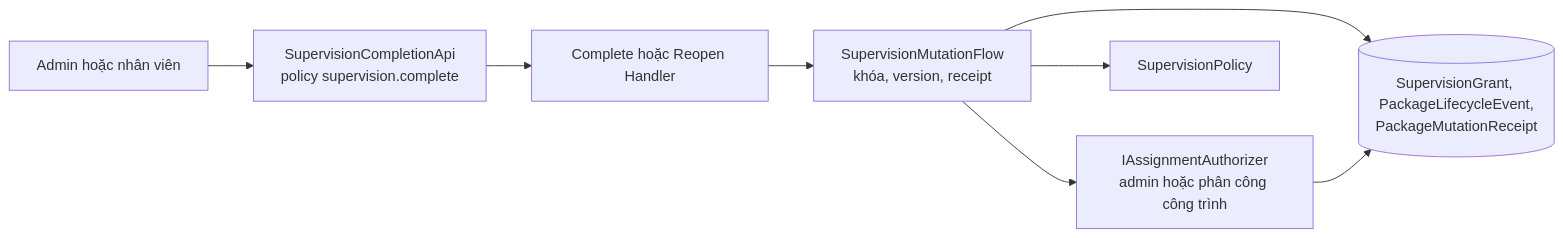
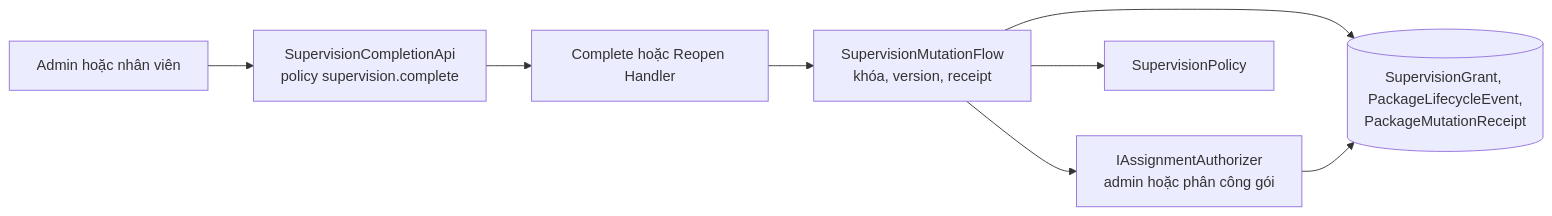
Before and after one commit to TaskCoper/bmt-documentation: the first of 5 diagrams in tdd/TDD-SUB-006.md, drawn with Mermaid. The commit also changed other lines of this file and 15 other files, not shown here.

````diff
--- a/tdd/TDD-SUB-006.md
+++ b/tdd/TDD-SUB-006.md
@@ -102,10 +102,10 @@
 ```mermaid
 flowchart LR
     S[Admin hoặc nhân viên] --> A[SupervisionCompletionApi<br/>policy supervision.complete]
     A --> H[Complete hoặc Reopen Handler]
     H --> F[SupervisionMutationFlow<br/>khóa, version, receipt]
-    F --> Z[IAssignmentAuthorizer<br/>admin hoặc phân công công trình]
+    F --> Z[IAssignmentAuthorizer<br/>admin hoặc phân công gói]
     F --> P[SupervisionPolicy]
     F --> D[(SupervisionGrant, PackageLifecycleEvent,<br/>PackageMutationReceipt)]
     Z --> D
 ```
````
